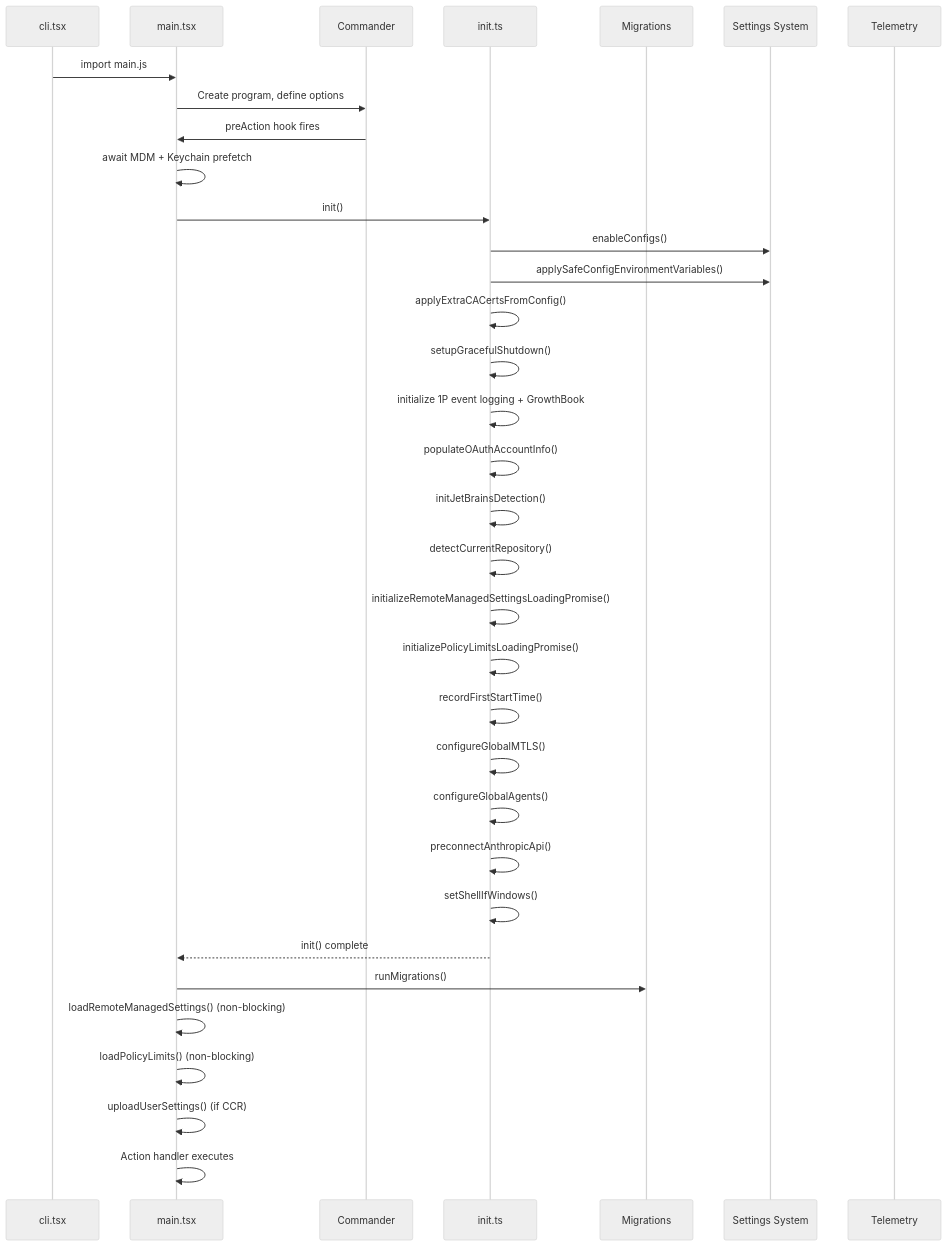
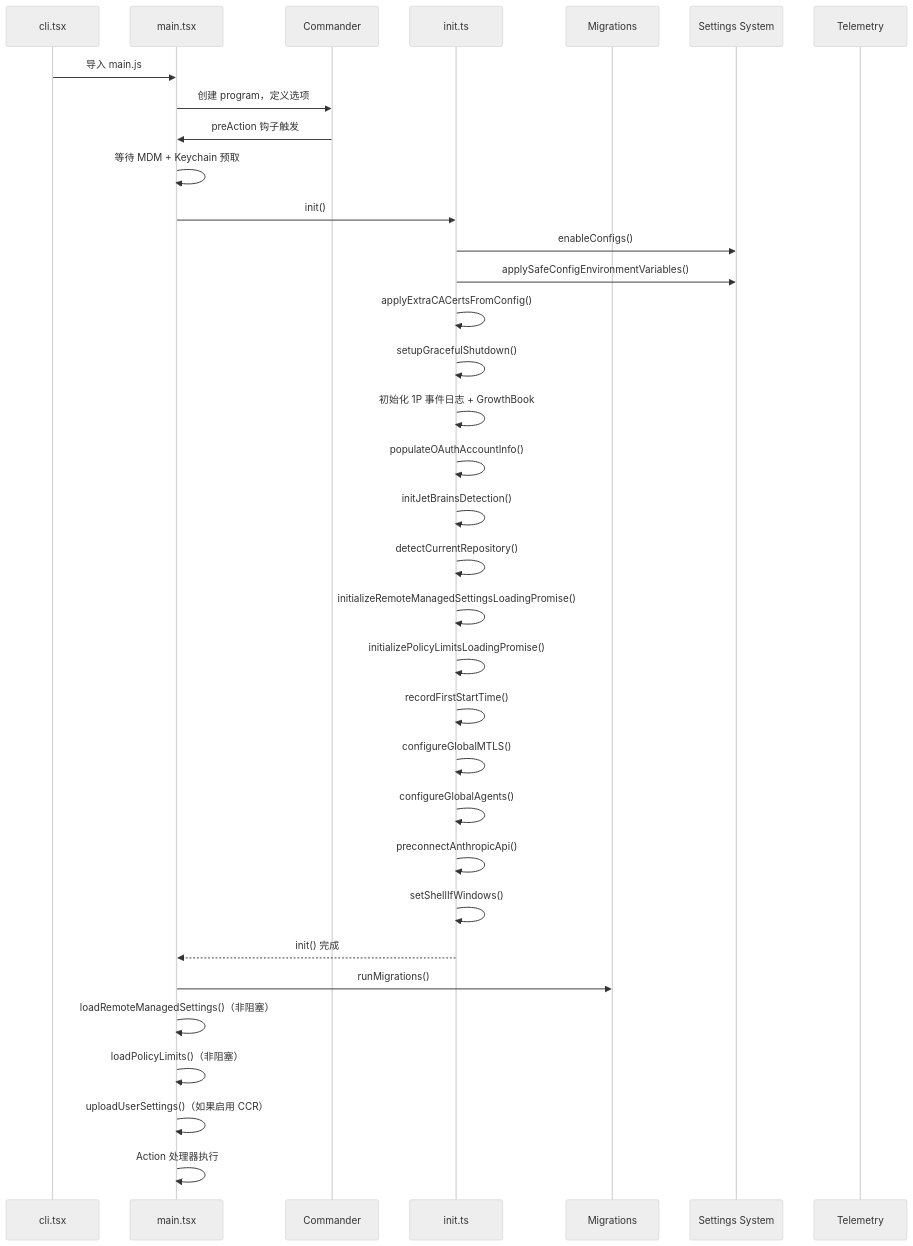
Before and after one commit to wisdom-pan/claude-code-learning: the second of 2 diagrams in docs/01-entry-layer.md, drawn with Mermaid (neutral theme). The commit also changed other lines of this file and 4 other files, not shown here.

````diff
--- a/docs/01-entry-layer.md
+++ b/docs/01-entry-layer.md
@@ -274,37 +207,37 @@
 ```mermaid
 sequenceDiagram
     participant CLI as cli.tsx
     participant Main as main.tsx
     participant Cmd as Commander
     participant Init as init.ts
     participant Migrations as Migrations
     participant Settings as Settings System
     participant Telemetry as Telemetry
 
-    CLI->>Main: import main.js
-    Main->>Cmd: Create program, define options
-    Cmd->>Main: preAction hook fires
-    Main->>Main: await MDM + Keychain prefetch
+    CLI->>Main: 导入 main.js
+    Main->>Cmd: 创建 program，定义选项
+    Cmd->>Main: preAction 钩子触发
+    Main->>Main: 等待 MDM + Keychain 预取
     Main->>Init: init()
     Init->>Settings: enableConfigs()
     Init->>Settings: applySafeConfigEnvironmentVariables()
     Init->>Init: applyExtraCACertsFromConfig()
     Init->>Init: setupGracefulShutdown()
-    Init->>Init: initialize 1P event logging + GrowthBook
+    Init->>Init: 初始化 1P 事件日志 + GrowthBook
     Init->>Init: populateOAuthAccountInfo()
     Init->>Init: initJetBrainsDetection()
     Init->>Init: detectCurrentRepository()
     Init->>Init: initializeRemoteManagedSettingsLoadingPromise()
     Init->>Init: initializePolicyLimitsLoadingPromise()
     Init->>Init: recordFirstStartTime()
     Init->>Init: configureGlobalMTLS()
     Init->>Init: configureGlobalAgents()
     Init->>Init: preconnectAnthropicApi()
     Init->>Init: setShellIfWindows()
-    Init-->>Main: init() complete
+    Init-->>Main: init() 完成
     Main->>Migrations: runMigrations()
-    Main->>Main: loadRemoteManagedSettings() (non-blocking)
-    Main->>Main: loadPolicyLimits() (non-blocking)
-    Main->>Main: uploadUserSettings() (if CCR)
-    Main->>Main: Action handler executes
+    Main->>Main: loadRemoteManagedSettings()（非阻塞）
+    Main->>Main: loadPolicyLimits()（非阻塞）
+    Main->>Main: uploadUserSettings()（如果启用 CCR）
+    Main->>Main: Action 处理器执行
 ```
````
